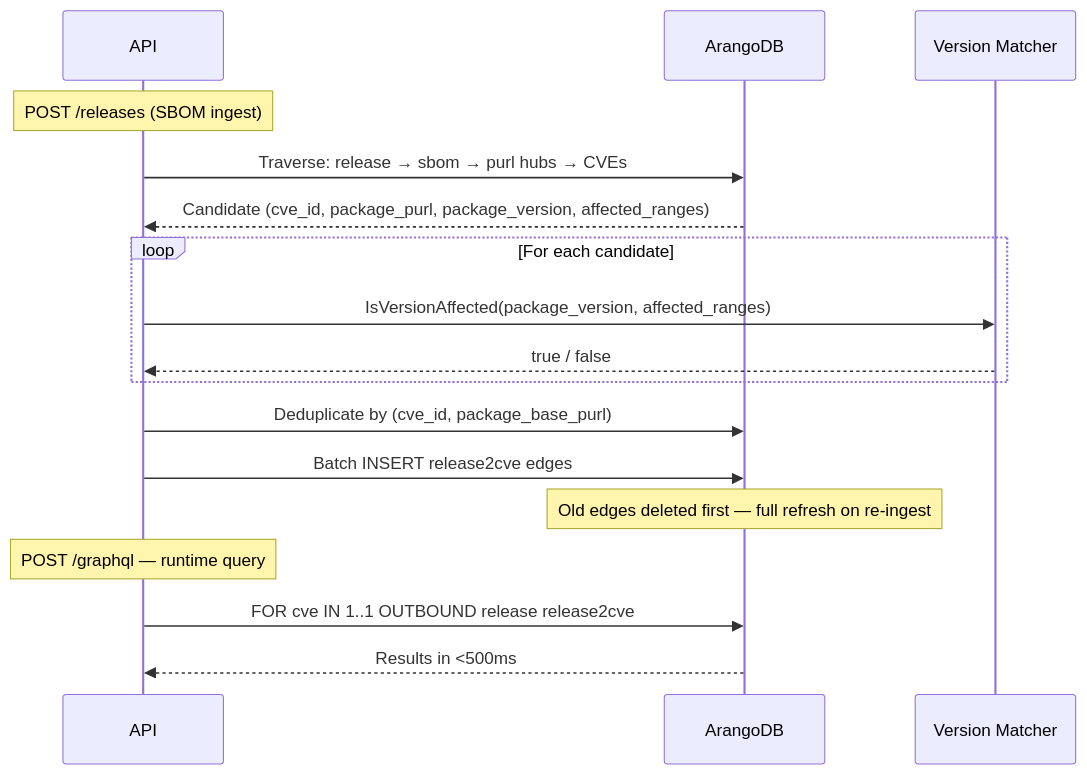
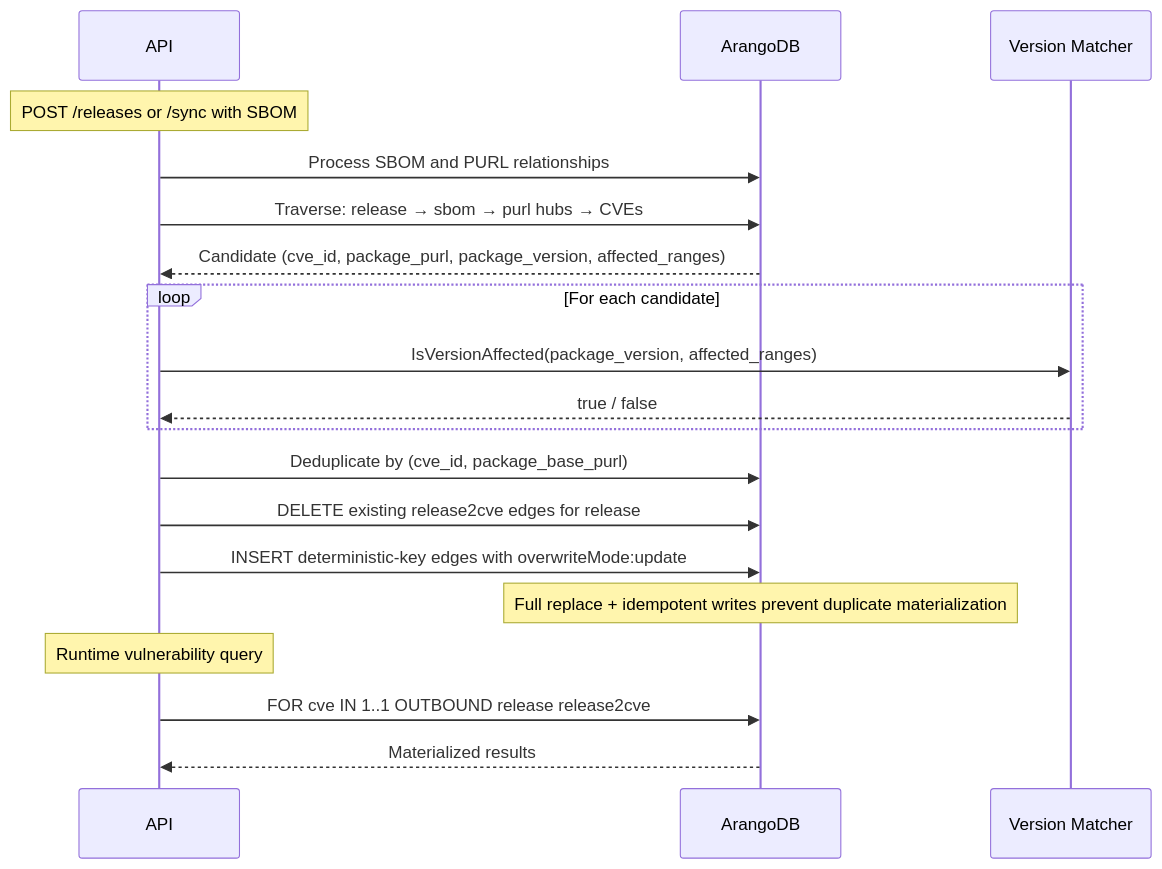
One commit to ortelius/ortelius changed the fourth of 8 diagrams in docs/architecture.md. Above: the diagram before and after it, drawn with Mermaid. The commit also changed other lines of this file and 3 other files, not shown here.

````diff
--- a/docs/architecture.md
+++ b/docs/architecture.md
@@ -215,24 +219,26 @@
 ```mermaid
 sequenceDiagram
     participant API
     participant DB as ArangoDB
     participant Util as Version Matcher
 
-    Note over API: POST /releases (SBOM ingest)
+    Note over API: POST /releases or /sync with SBOM
 
+    API->>DB: Process SBOM and PURL relationships
     API->>DB: Traverse: release → sbom → purl hubs → CVEs
     DB-->>API: Candidate (cve_id, package_purl, package_version, affected_ranges)
 
     loop For each candidate
         API->>Util: IsVersionAffected(package_version, affected_ranges)
         Util-->>API: true / false
     end
 
     API->>DB: Deduplicate by (cve_id, package_base_purl)
-    API->>DB: Batch INSERT release2cve edges
-    Note over DB: Old edges deleted first — full refresh on re-ingest
+    API->>DB: DELETE existing release2cve edges for release
+    API->>DB: INSERT deterministic-key edges with overwriteMode:update
+    Note over DB: Full replace + idempotent writes prevent duplicate materialization
 
-    Note over API: POST /graphql — runtime query
+    Note over API: Runtime vulnerability query
     API->>DB: FOR cve IN 1..1 OUTBOUND release release2cve
-    DB-->>API: Results in <500ms
+    DB-->>API: Materialized results
 ```
````
